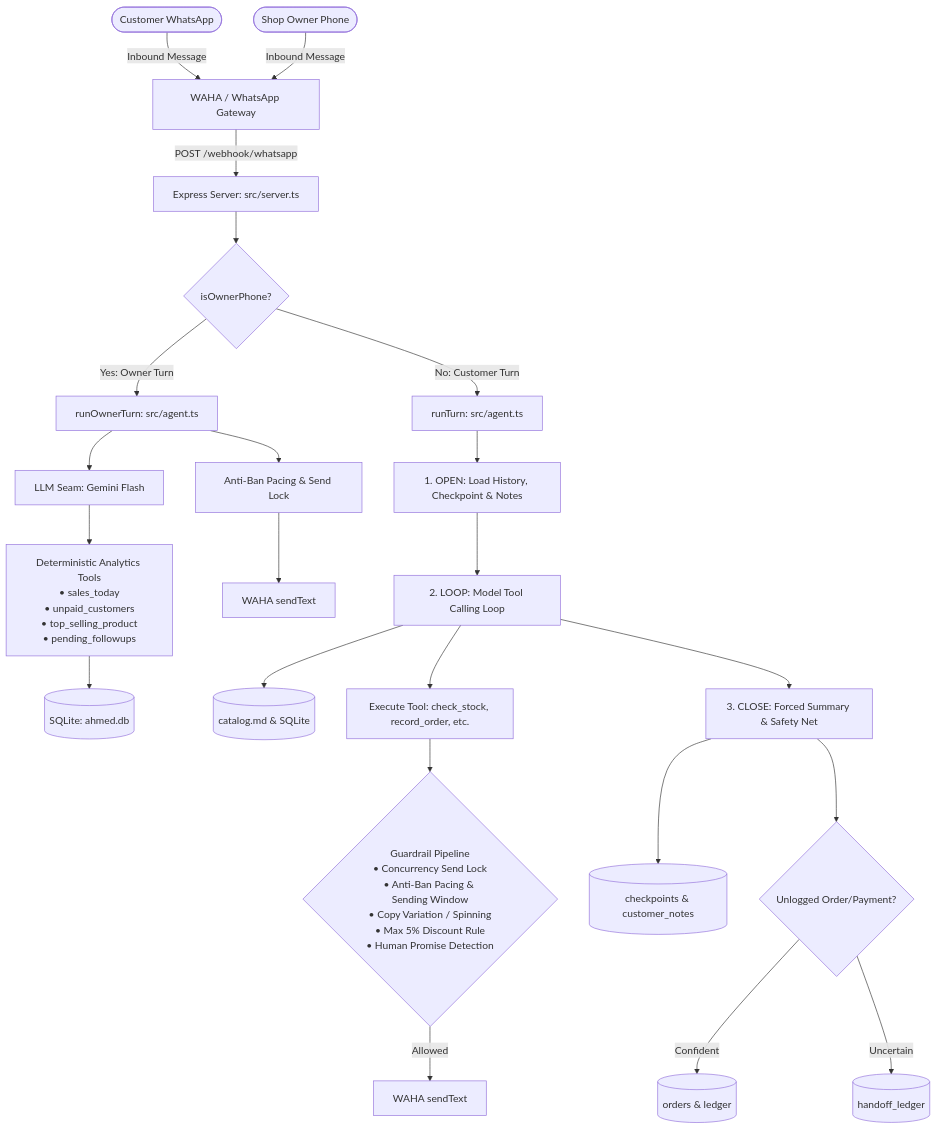
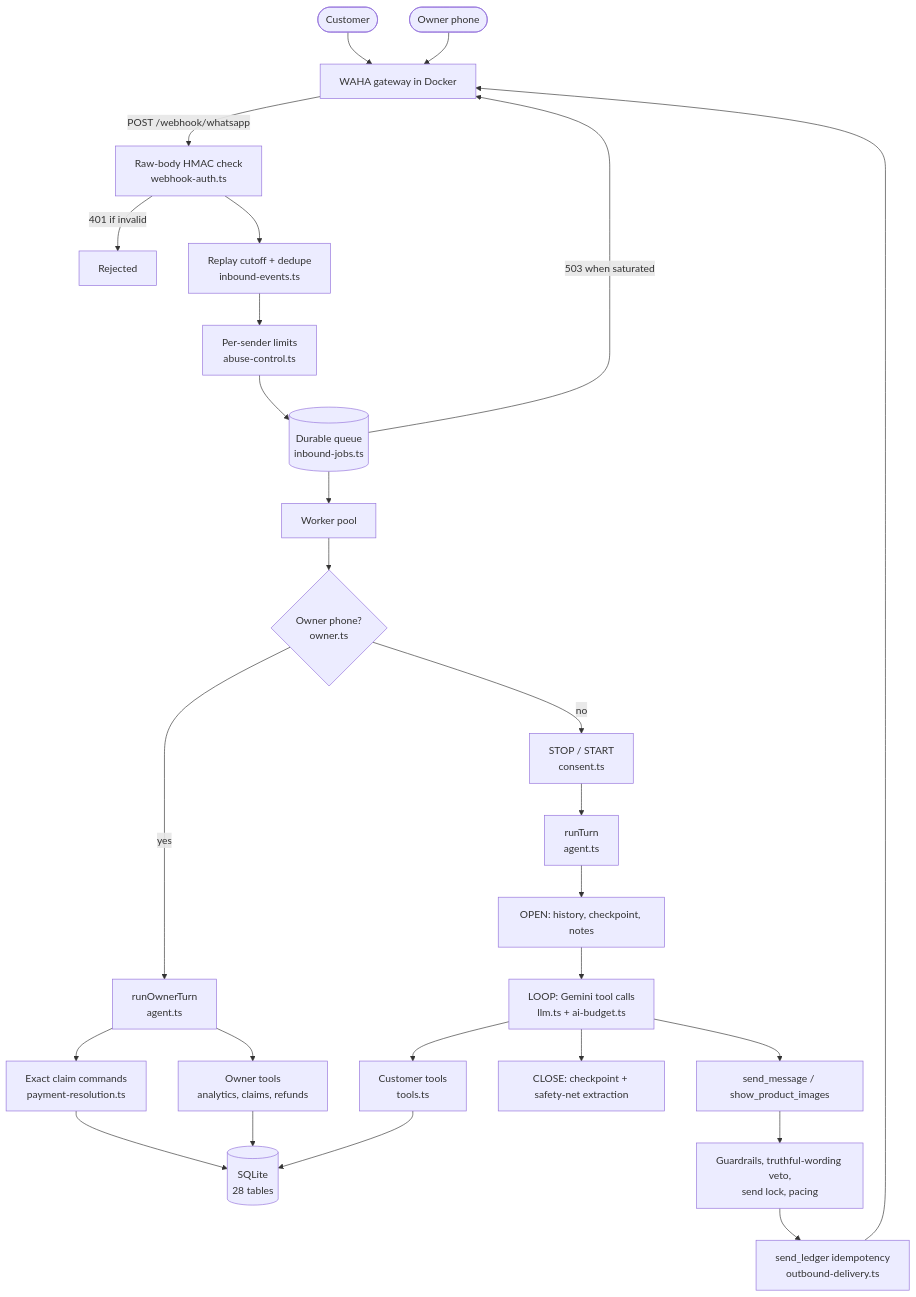
The diagram in README.md (FarhanUllah382/Whattsapp-Assisstant), drawn with Mermaid before and after one commit. The commit also changed other lines of this file and 1 other file, not shown here.

````diff
--- a/README.md
+++ b/README.md
@@ -30,30 +135,29 @@
 ```mermaid
 flowchart TD
-    Customer([Customer WhatsApp]) -->|Inbound Message| WAHA[WAHA / WhatsApp Gateway]
-    Owner([Shop Owner Phone]) -->|Inbound Message| WAHA
-
-    WAHA -->|POST /webhook/whatsapp| Server[Express Server: src/server.ts]
-    Server --> Auth{isOwnerPhone?}
-
-    %% Owner Route
-    Auth -->|Yes: Owner Turn| OwnerTurn[runOwnerTurn: src/agent.ts]
-    OwnerTurn --> LLMOwner[LLM Seam: Gemini Flash]
-    LLMOwner --> OwnerTools[Deterministic Analytics Tools<br/>• sales_today<br/>• unpaid_customers<br/>• top_selling_product<br/>• pending_followups]
-    OwnerTools --> Analytics[(SQLite: ahmed.db)]
-    OwnerTurn --> PacingLock[Anti-Ban Pacing & Send Lock]
-    PacingLock --> SendOwner[WAHA sendText]
-
-    %% Customer Route
-    Auth -->|No: Customer Turn| Agent[runTurn: src/agent.ts]
-    Agent --> Open[1. OPEN: Load History, Checkpoint & Notes]
-    Open --> Loop[2. LOOP: Model Tool Calling Loop]
-    Loop --> Catalog[(catalog.md & SQLite)]
-    Loop --> ToolExec[Execute Tool: check_stock, record_order, etc.]
-    ToolExec --> Guardrails{Guardrail Pipeline<br/>• Concurrency Send Lock<br/>• Anti-Ban Pacing & Sending Window<br/>• Copy Variation / Spinning<br/>• Max 5% Discount Rule<br/>• Human Promise Detection}
-    Guardrails -->|Allowed| SendCust[WAHA sendText]
-    Loop --> Close[3. CLOSE: Forced Summary & Safety Net]
-    Close --> Checkpoints[(checkpoints & customer_notes)]
-    Close --> SafetyNet{Unlogged Order/Payment?}
-    SafetyNet -->|Confident| AutoRecord[(orders & ledger)]
-    SafetyNet -->|Uncertain| Handoff[(handoff_ledger)]
+    C([Customer]) --> WAHA[WAHA gateway in Docker]
+    O([Owner phone]) --> WAHA
+    WAHA -->|POST /webhook/whatsapp| HMAC[Raw-body HMAC check<br/>webhook-auth.ts]
+    HMAC -->|401 if invalid| X[Rejected]
+    HMAC --> EV[Replay cutoff + dedupe<br/>inbound-events.ts]
+    EV --> RL[Per-sender limits<br/>abuse-control.ts]
+    RL --> Q[(Durable queue<br/>inbound-jobs.ts)]
+    Q -->|503 when saturated| WAHA
+    Q --> W[Worker pool]
+    W --> ISO{Owner phone?<br/>owner.ts}
+    ISO -->|yes| OT[runOwnerTurn<br/>agent.ts]
+    OT --> PR[Exact claim commands<br/>payment-resolution.ts]
+    OT --> OTL[Owner tools<br/>analytics, claims, refunds]
+    ISO -->|no| CS[STOP / START<br/>consent.ts]
+    CS --> CT[runTurn<br/>agent.ts]
+    CT --> OPEN[OPEN: history, checkpoint, notes]
+    OPEN --> LOOP[LOOP: Gemini tool calls<br/>llm.ts + ai-budget.ts]
+    LOOP --> TOOLS[Customer tools<br/>tools.ts]
+    TOOLS --> DB[(SQLite<br/>28 tables)]
+    OTL --> DB
+    PR --> DB
+    LOOP --> CLOSE[CLOSE: checkpoint + safety-net extraction]
+    LOOP --> SEND[send_message / show_product_images]
+    SEND --> G[Guardrails, truthful-wording veto,<br/>send lock, pacing]
+    G --> SL[send_ledger idempotency<br/>outbound-delivery.ts]
+    SL --> WAHA
 ```
````
